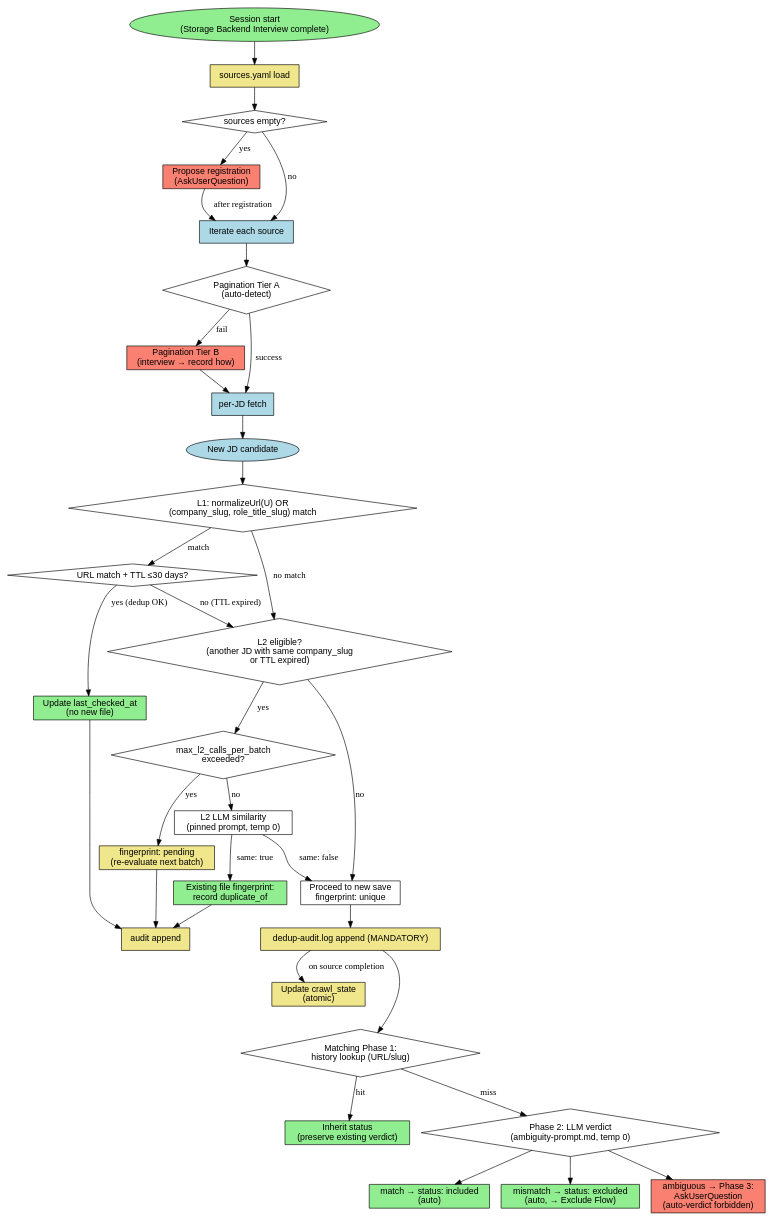
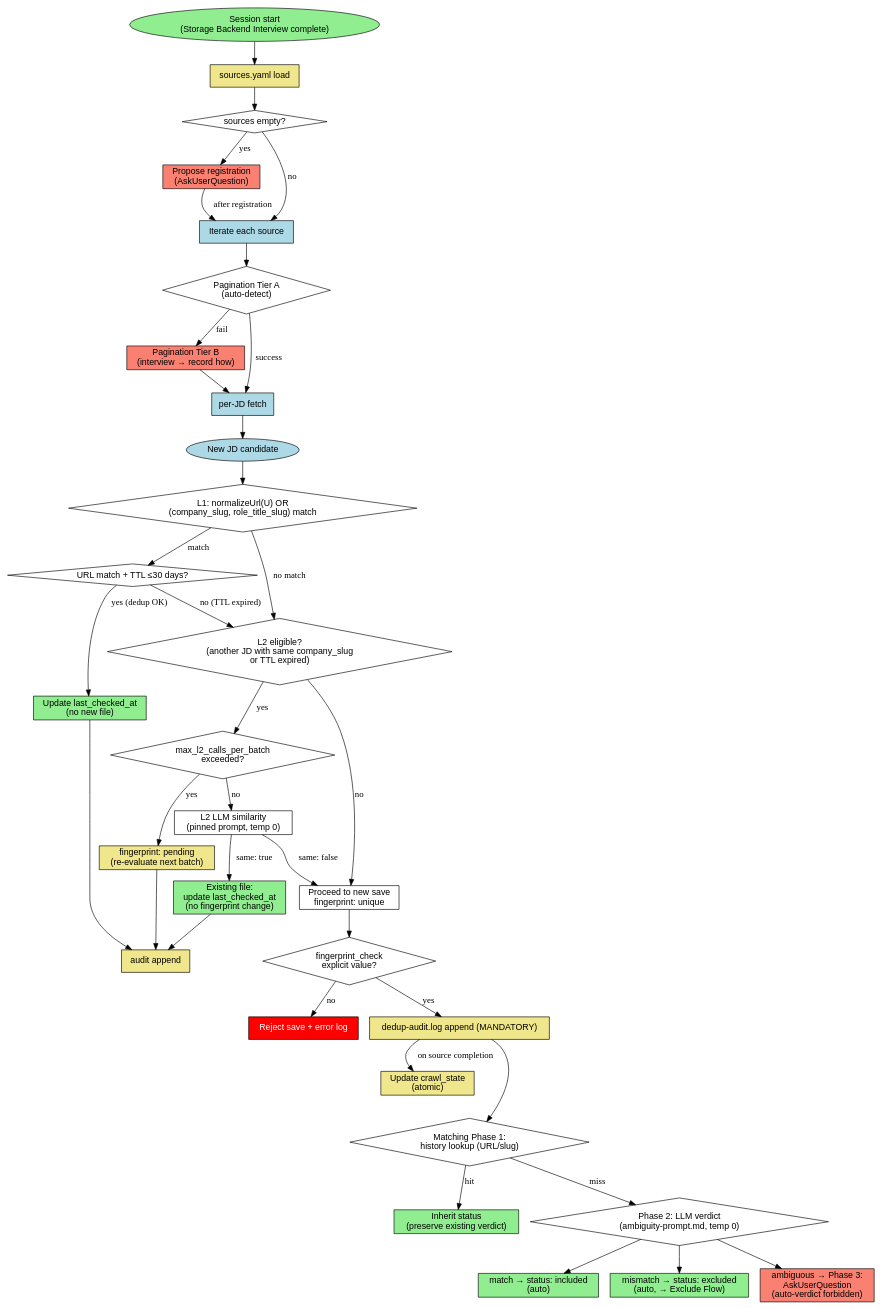
Before and after one commit to toongri/oh-my-toong-playground: the first of 4 diagrams in skills/collect-jd/reference/dedup-and-discovery.md, drawn with Graphviz. The commit also changed other lines of this file, not shown here.

````diff
--- a/skills/collect-jd/reference/dedup-and-discovery.md
+++ b/skills/collect-jd/reference/dedup-and-discovery.md
@@ -25,73 +25,78 @@
 ```dot
 digraph dedup_matching_flow {
   rankdir=TB;
   node [shape=box, fontname="Helvetica"];
 
   start [label="Session start\n(Storage Backend Interview complete)", shape=ellipse, style=filled, fillcolor=lightgreen];
   sources_load [label="sources.yaml load", style=filled, fillcolor=khaki];
   sources_empty [label="sources empty?", shape=diamond];
   ask_register [label="Propose registration\n(AskUserQuestion)", style=filled, fillcolor=salmon];
   source_iter [label="Iterate each source", style=filled, fillcolor=lightblue];
   pagination_tierA [label="Pagination Tier A\n(auto-detect)", shape=diamond];
   pagination_tierB [label="Pagination Tier B\n(interview → record how)", style=filled, fillcolor=salmon];
   per_jd_fetch [label="per-JD fetch", style=filled, fillcolor=lightblue];
   crawl_memory_update [label="Update crawl_state\n(atomic)", style=filled, fillcolor=khaki];
 
   candidate [label="New JD candidate", shape=ellipse, style=filled, fillcolor=lightblue];
 
   l1 [label="L1: normalizeUrl(U) OR\n(company_slug, role_title_slug) match", shape=diamond];
   l1_url [label="URL match + TTL ≤30 days?", shape=diamond];
   update_ts [label="Update last_checked_at\n(no new file)", style=filled, fillcolor=lightgreen];
 
   l2_eligible [label="L2 eligible?\n(another JD with same company_slug\nor TTL expired)", shape=diamond];
   l2_cap [label="max_l2_calls_per_batch\nexceeded?", shape=diamond];
   l2_pending [label="fingerprint: pending\n(re-evaluate next batch)", style=filled, fillcolor=khaki];
   l2_call [label="L2 LLM similarity\n(pinned prompt, temp 0)"];
-  l2_dup [label="Existing file fingerprint:\nrecord duplicate_of", style=filled, fillcolor=lightgreen];
+  l2_dup [label="Existing file:\nupdate last_checked_at\n(no fingerprint change)", style=filled, fillcolor=lightgreen];
   save_unique [label="Proceed to new save\nfingerprint: unique"];
+  save_check [label="fingerprint_check\nexplicit value?", shape=diamond];
+  reject [label="Reject save + error log", style=filled, fillcolor=red, fontcolor=white];
 
   audit [label="dedup-audit.log append (MANDATORY)", style=filled, fillcolor=khaki];
   audit_end [label="audit append", style=filled, fillcolor=khaki];
 
   phase1 [label="Matching Phase 1:\nhistory lookup (URL/slug)", shape=diamond];
   inherit [label="Inherit status\n(preserve existing verdict)", style=filled, fillcolor=lightgreen];
   phase2 [label="Phase 2: LLM verdict\n(ambiguity-prompt.md, temp 0)", shape=diamond];
   vmatch [label="match → status: included\n(auto)", style=filled, fillcolor=lightgreen];
   vmismatch [label="mismatch → status: excluded\n(auto, → Exclude Flow)", style=filled, fillcolor=lightgreen];
   vambig [label="ambiguous → Phase 3:\nAskUserQuestion\n(auto-verdict forbidden)", style=filled, fillcolor=salmon];
 
   start -> sources_load -> sources_empty;
   sources_empty -> ask_register [label="yes"];
   sources_empty -> source_iter [label="no"];
   ask_register -> source_iter [label="after registration"];
   source_iter -> pagination_tierA;
   pagination_tierA -> per_jd_fetch [label="success"];
   pagination_tierA -> pagination_tierB [label="fail"];
   pagination_tierB -> per_jd_fetch;
   per_jd_fetch -> candidate;
 
   candidate -> l1;
   l1 -> l1_url [label="match"];
   l1 -> l2_eligible [label="no match"];
   l1_url -> update_ts [label="yes (dedup OK)"];
   l1_url -> l2_eligible [label="no (TTL expired)"];
   l2_eligible -> l2_cap [label="yes"];
   l2_eligible -> save_unique [label="no"];
   l2_cap -> l2_pending [label="yes"];
   l2_cap -> l2_call [label="no"];
   l2_call -> l2_dup [label="same: true"];
   l2_call -> save_unique [label="same: false"];
 
   update_ts -> audit_end;
   l2_dup -> audit_end;
   l2_pending -> audit_end;
-  save_unique -> audit -> phase1;
+  save_unique -> save_check;
+  save_check -> audit [label="yes"];
+  save_check -> reject [label="no"];
+  audit -> phase1;
   phase1 -> inherit [label="hit"];
   phase1 -> phase2 [label="miss"];
   phase2 -> vmatch;
   phase2 -> vmismatch;
   phase2 -> vambig;
   audit -> crawl_memory_update [label="on source completion"];
   crawl_memory_update -> phase1 [style=invis];
 }
 ```
````
